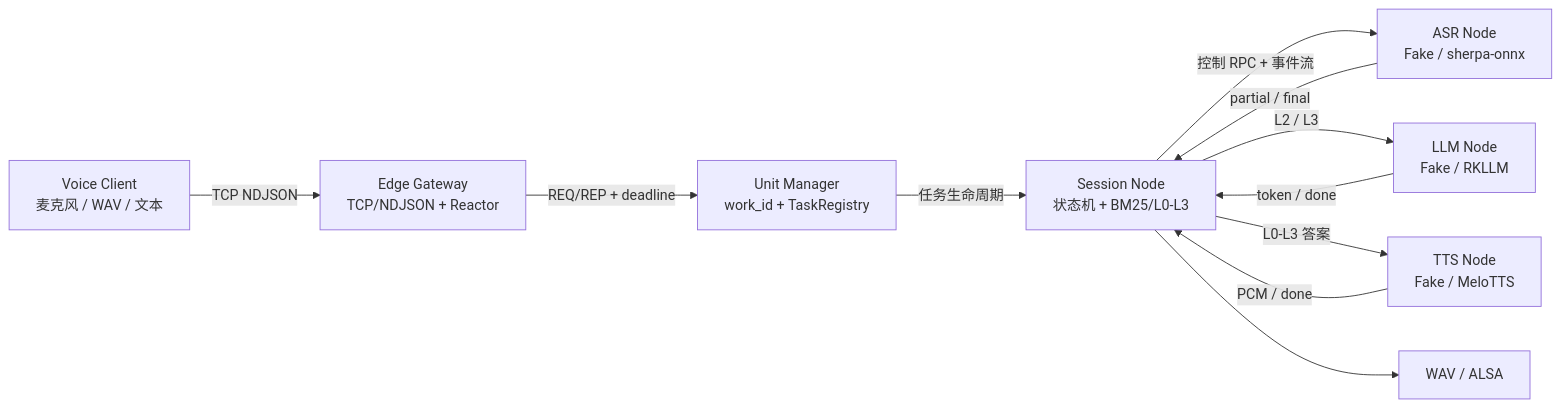
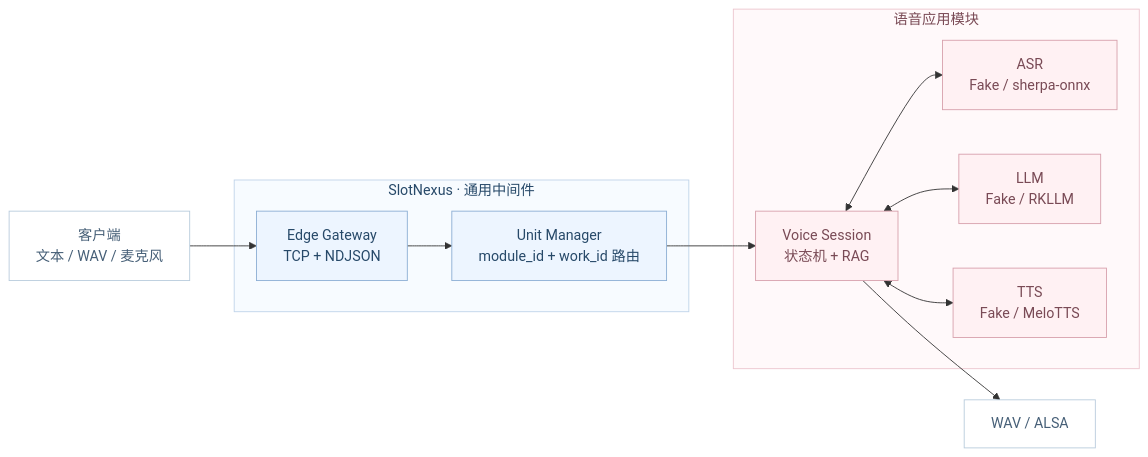
Before and after one commit to Caden-1224/SlotNexus: the first of 2 diagrams in README.md, drawn with Mermaid. The commit also changed other lines of this file and 507 other files, not shown here.

````diff
--- a/README.md
+++ b/README.md
@@ -34,22 +63,37 @@
 ```mermaid
 flowchart LR
-    Client["Voice Client<br/>麦克风 / WAV / 文本"]
-    Gateway["Edge Gateway<br/>TCP/NDJSON + Reactor"]
-    Manager["Unit Manager<br/>work_id + TaskRegistry"]
-    Session["Session Node<br/>状态机 + BM25/L0-L3"]
-    ASR["ASR Node<br/>Fake / sherpa-onnx"]
-    LLM["LLM Node<br/>Fake / RKLLM"]
-    TTS["TTS Node<br/>Fake / MeloTTS"]
+    Client["客户端<br/>文本 / WAV / 麦克风"]
+    Gateway["Edge Gateway<br/>TCP + NDJSON"]
+    Manager["Unit Manager<br/>module_id + work_id 路由"]
+    Session["Voice Session<br/>状态机 + RAG"]
+    ASR["ASR<br/>Fake / sherpa-onnx"]
+    LLM["LLM<br/>Fake / RKLLM"]
+    TTS["TTS<br/>Fake / MeloTTS"]
     Output["WAV / ALSA"]
 
-    Client -->|"TCP NDJSON"| Gateway
-    Gateway -->|"REQ/REP + deadline"| Manager
-    Manager -->|"任务生命周期"| Session
-    Session -->|"控制 RPC + 事件流"| ASR
-    ASR -->|"partial / final"| Session
-    Session -->|"L2 / L3"| LLM
-    LLM -->|"token / done"| Session
-    Session -->|"L0-L3 答案"| TTS
-    TTS -->|"PCM / done"| Session
+    Client --> Gateway --> Manager --> Session
+    Session <--> ASR
+    Session <--> LLM
+    Session <--> TTS
     Session --> Output
+
+    subgraph Core["SlotNexus · 通用中间件"]
+        Gateway
+        Manager
+    end
+    subgraph Voice["语音应用模块"]
+        Session
+        ASR
+        LLM
+        TTS
+    end
+
+    classDef core fill:#edf5ff,stroke:#8baed4,color:#274969
+    classDef voice fill:#fff1f3,stroke:#d7a0ac,color:#794a55
+    classDef io fill:#ffffff,stroke:#b8cbdc,color:#465f77
+    class Gateway,Manager core
+    class Session,ASR,LLM,TTS voice
+    class Client,Output io
+    style Core fill:#f7fbff,stroke:#bfd3e9,color:#274969
+    style Voice fill:#fff9fa,stroke:#ecc5ce,color:#794a55
 ```
````
